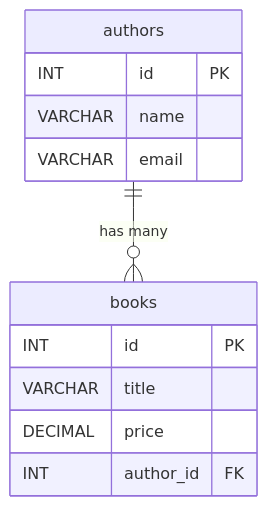
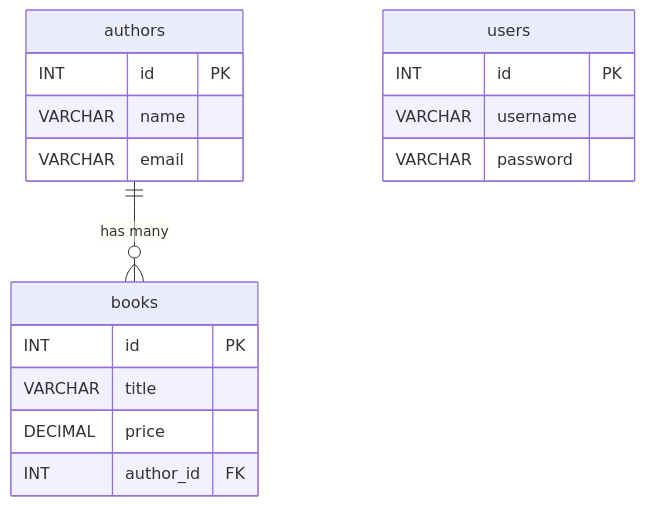
Before and after one commit to dvn-ad/QUIZ2-PWEB-new: the second of 2 diagrams in DATABASE_DESIGN.md, drawn with Mermaid. The commit also changed other lines of this file and 23 other files, not shown here.

````diff
--- a/DATABASE_DESIGN.md
+++ b/DATABASE_DESIGN.md
@@ -59,15 +66,20 @@
 ```mermaid
 erDiagram
     authors ||--o{ books : "has many"
     authors {
         INT id PK
         VARCHAR name
         VARCHAR email
     }
     books {
         INT id PK
         VARCHAR title
         DECIMAL price
         INT author_id FK
     }
+    users {
+        INT id PK
+        VARCHAR username
+        VARCHAR password
+    }
 ```
````
